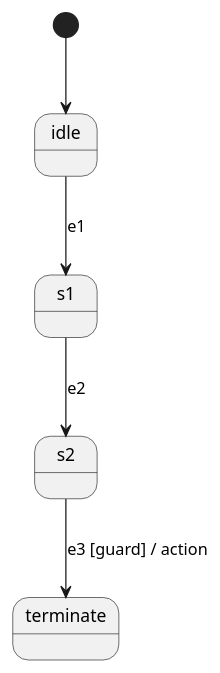
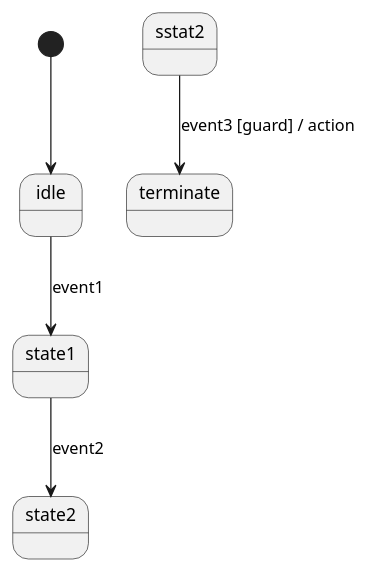
Before and after one commit to xue2sheng/spaghettiCode: the diagram in README.md, drawn with PlantUML. The commit also changed other lines of this file and 1 other file, not shown here.

Commit message:
Long names

```diff
--- a/README.md
+++ b/README.md
@@ -18,6 +19,6 @@
            @startuml logic.png
            [*] --> idle
-           idle --> s1 : e1
-           s1 --> s2 : e2
-           s2 --> terminate : e3 [guard] / action
+           idle --> state1 : event1
+           state1 --> state2 : event2
+           sstat2 --> terminate : event3 [guard] / action
            @enduml
```
